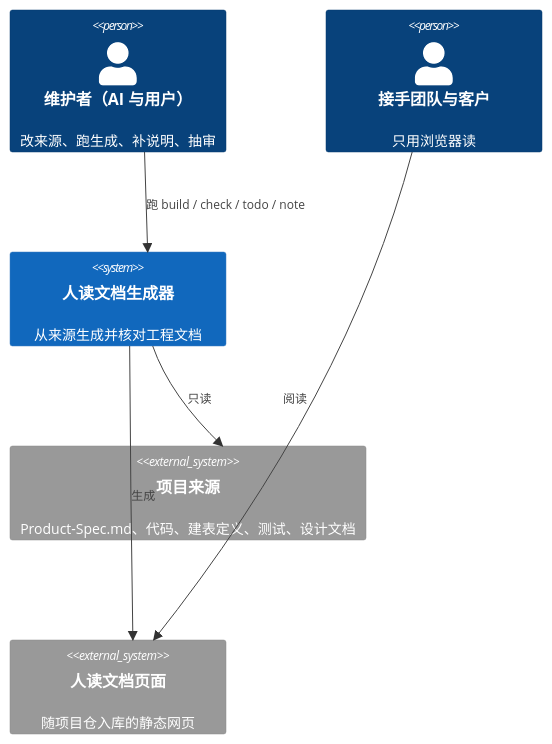
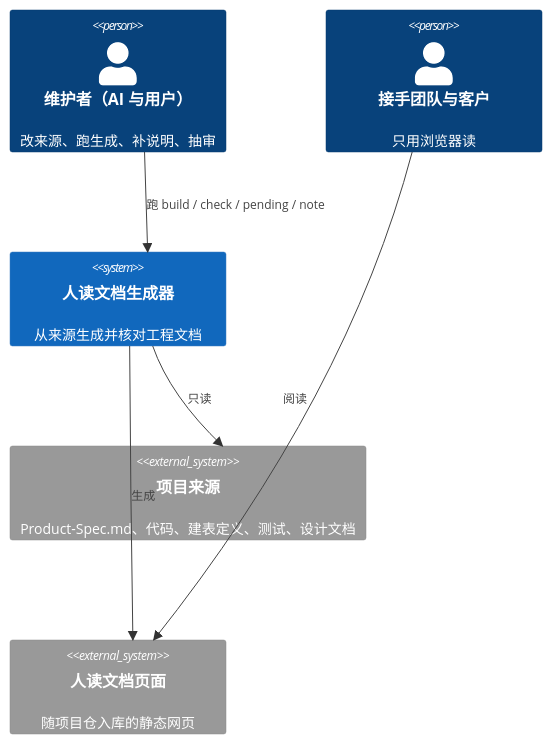
Before and after one commit to zylimit/cc-base: the first of 3 diagrams in docs/readable-spec/Architecture-Design.md, drawn with Mermaid. The commit also changed other lines of this file and 16 other files, not shown here.

````diff
--- a/docs/readable-spec/Architecture-Design.md
+++ b/docs/readable-spec/Architecture-Design.md
@@ -20,12 +20,12 @@
 ```mermaid
 C4Context
   Person(maint, "维护者（AI 与用户）", "改来源、跑生成、补说明、抽审")
   Person(reader, "接手团队与客户", "只用浏览器读")
   System(gen, "人读文档生成器", "从来源生成并核对工程文档")
   System_Ext(src, "项目来源", "Product-Spec.md、代码、建表定义、测试、设计文档")
   System_Ext(pages, "人读文档页面", "随项目仓入库的静态网页")
-  Rel(maint, gen, "跑 build / check / todo / note")
+  Rel(maint, gen, "跑 build / check / pending / note")
   Rel(gen, src, "只读")
   Rel(gen, pages, "生成")
   Rel(reader, pages, "阅读")
 ```
````
